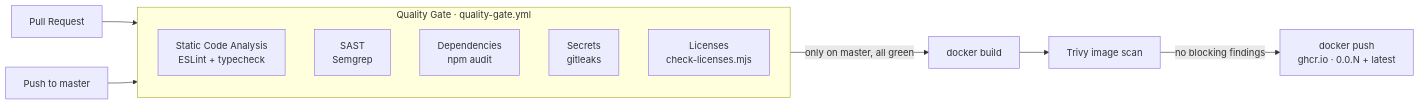
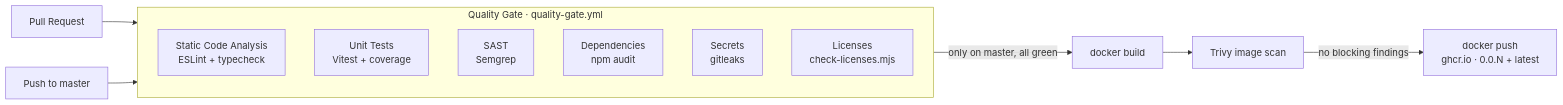
Before and after one commit to DavidNesterovic/HelfenNeuGedachtFrontend: the diagram in docs/pipeline.md, drawn with Mermaid. The commit also changed other lines of this file and 13 other files, not shown here.

First line of the commit message:
test: add Vitest unit tests and run them in the quality gate

````diff
--- a/docs/pipeline.md
+++ b/docs/pipeline.md
@@ -7,16 +7,17 @@
 ```mermaid
 flowchart LR
     PR[Pull Request] --> QG
     Push[Push to master] --> QG
     subgraph QG[Quality Gate · quality-gate.yml]
         direction TB
         A[Static Code Analysis<br/>ESLint + typecheck]
+        T[Unit Tests<br/>Vitest + coverage]
         B[SAST<br/>Semgrep]
         C[Dependencies<br/>npm audit]
         D[Secrets<br/>gitleaks]
         E[Licenses<br/>check-licenses.mjs]
     end
     QG -->|only on master, all green| Build[docker build]
     Build --> Scan[Trivy image scan]
     Scan -->|no blocking findings| Ship[docker push<br/>ghcr.io · 0.0.N + latest]
 ```
````
